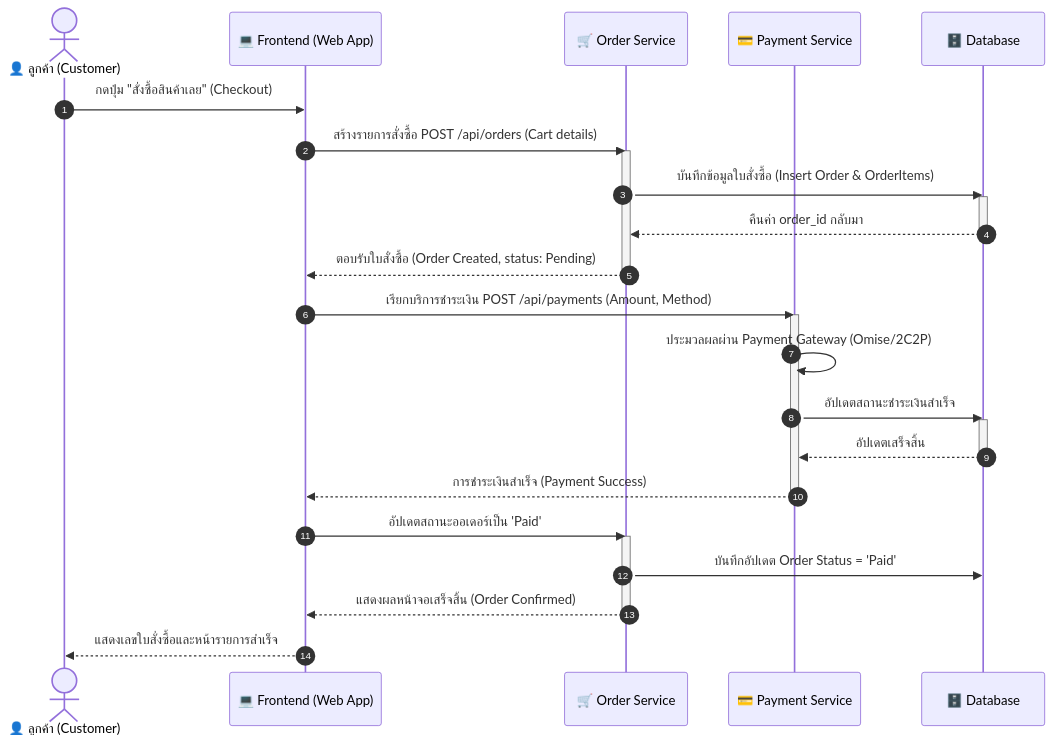
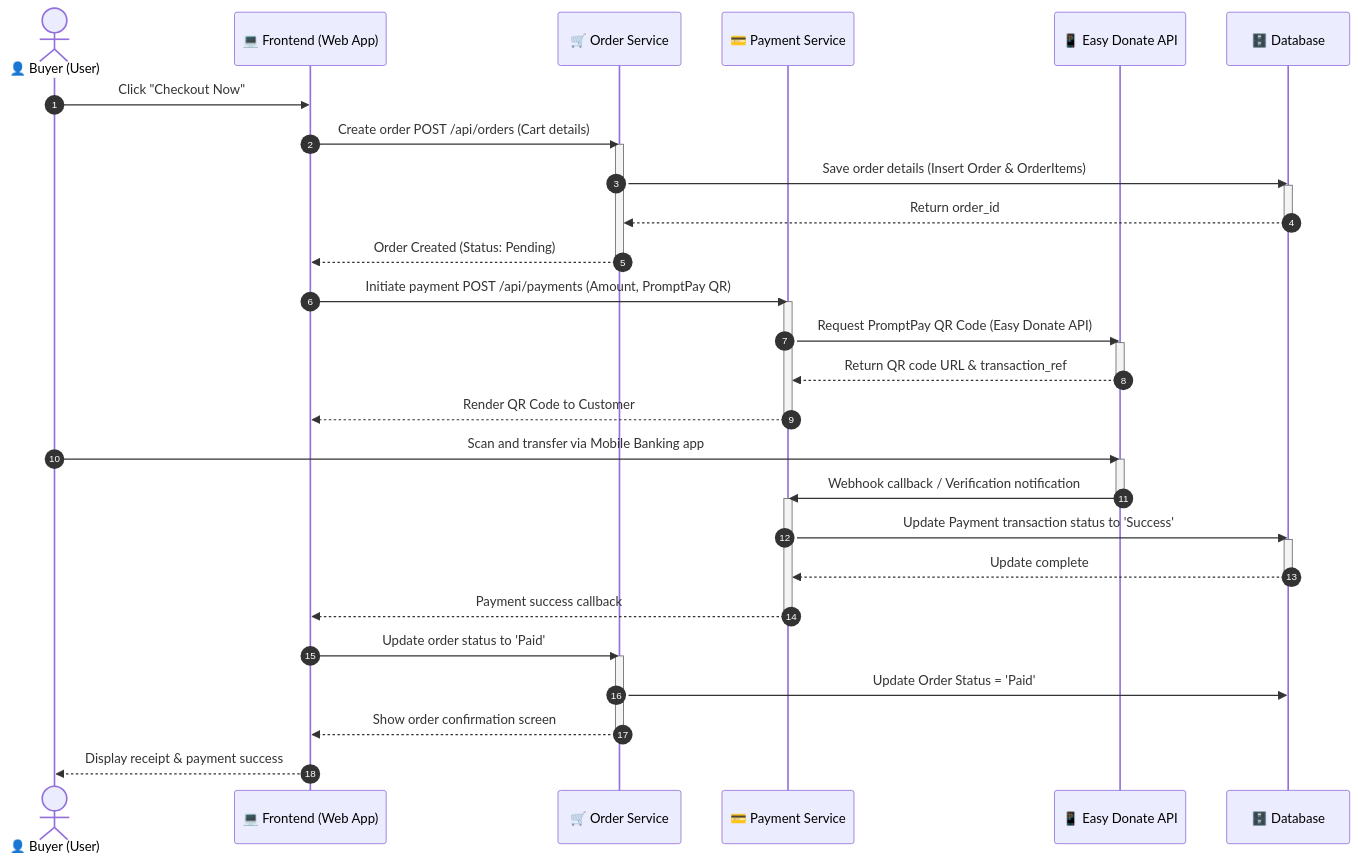
Before and after one commit to sShinjikubs/WatchMarket: the third of 6 diagrams in analysis_design.md, drawn with Mermaid. The commit also changed other lines of this file and 1 other file, not shown here.

Commit message:
doc: update architecture and sequence diagrams to align with new multi-role structure

````diff
--- a/analysis_design.md
+++ b/analysis_design.md
@@ -298,36 +310,48 @@
 ```mermaid
 sequenceDiagram
     autonumber
-    actor Customer as 👤 ลูกค้า (Customer)
+    actor Customer as 👤 Buyer (User)
     participant UI as 💻 Frontend (Web App)
     participant OrderSvc as 🛒 Order Service
     participant PaySvc as 💳 Payment Service
+    participant BankAPI as 📱 Easy Donate API
     participant DB as 🗄️ Database
 
-    Customer->>UI: กดปุ่ม "สั่งซื้อสินค้าเลย" (Checkout)
-    UI->>OrderSvc: สร้างรายการสั่งซื้อ POST /api/orders (Cart details)
+    Customer->>UI: Click "Checkout Now"
+    UI->>OrderSvc: Create order POST /api/orders (Cart details)
     activate OrderSvc
-    OrderSvc->>DB: บันทึกข้อมูลใบสั่งซื้อ (Insert Order & OrderItems)
+    OrderSvc->>DB: Save order details (Insert Order & OrderItems)
     activate DB
-    DB-->>OrderSvc: คืนค่า order_id กลับมา
+    DB-->>OrderSvc: Return order_id
     deactivate DB
-    OrderSvc-->>UI: ตอบรับใบสั่งซื้อ (Order Created, status: Pending)
+    OrderSvc-->>UI: Order Created (Status: Pending)
     deactivate OrderSvc
 
-    UI->>PaySvc: เรียกบริการชำระเงิน POST /api/payments (Amount, Method)
+    UI->>PaySvc: Initiate payment POST /api/payments (Amount, PromptPay QR)
     activate PaySvc
-    PaySvc->>PaySvc: ประมวลผลผ่าน Payment Gateway (Omise/2C2P)
-    PaySvc->>DB: อัปเดตสถานะชำระเงินสำเร็จ
-    activate DB
-    DB-->>PaySvc: อัปเดตเสร็จสิ้น
-    deactivate DB
-    PaySvc-->>UI: การชำระเงินสำเร็จ (Payment Success)
+    PaySvc->>BankAPI: Request PromptPay QR Code (Easy Donate API)
+    activate BankAPI
+    BankAPI-->>PaySvc: Return QR code URL & transaction_ref
+    deactivate BankAPI
+    PaySvc-->>UI: Render QR Code to Customer
     deactivate PaySvc
 
-    UI->>OrderSvc: อัปเดตสถานะออเดอร์เป็น 'Paid'
+    Customer->>BankAPI: Scan and transfer via Mobile Banking app
+    activate BankAPI
+    BankAPI->>PaySvc: Webhook callback / Verification notification
+    deactivate BankAPI
+    activate PaySvc
+    PaySvc->>DB: Update Payment transaction status to 'Success'
+    activate DB
+    DB-->>PaySvc: Update complete
+    deactivate DB
+    PaySvc-->>UI: Payment success callback
+    deactivate PaySvc
+
+    UI->>OrderSvc: Update order status to 'Paid'
     activate OrderSvc
-    OrderSvc->>DB: บันทึกอัปเดต Order Status = 'Paid'
-    OrderSvc-->>UI: แสดงผลหน้าจอเสร็จสิ้น (Order Confirmed)
+    OrderSvc->>DB: Update Order Status = 'Paid'
+    OrderSvc-->>UI: Show order confirmation screen
     deactivate OrderSvc
-    UI-->>Customer: แสดงเลขใบสั่งซื้อและหน้ารายการสำเร็จ
+    UI-->>Customer: Display receipt & payment success
 ```
````
